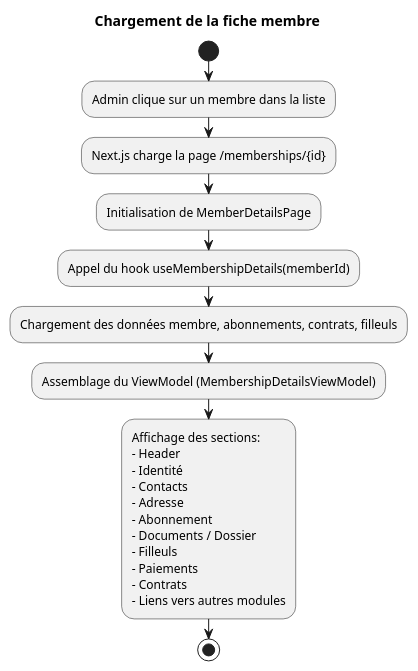
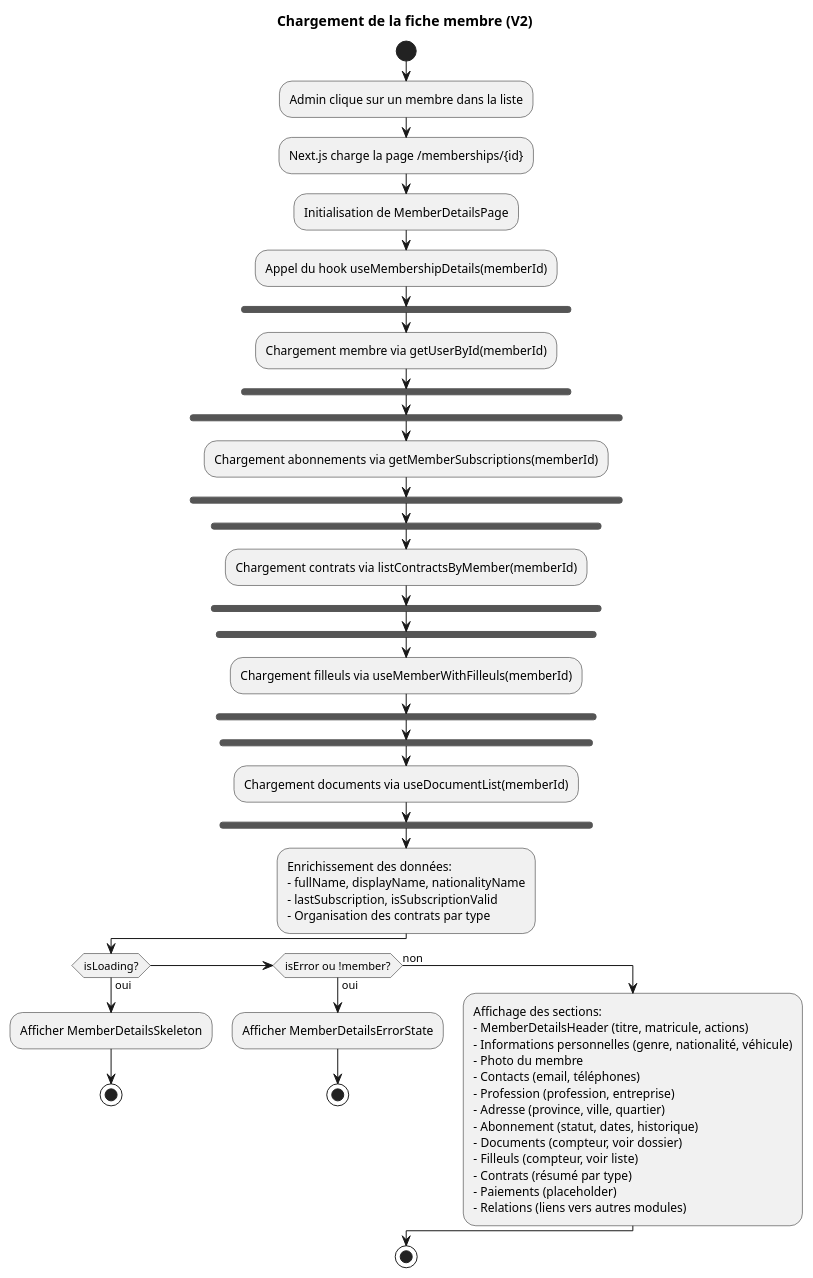
One commit to GlennEriss/kara-client-front changed the diagram in documentation/memberships/V2/details-membership/activite/main.puml. Above: the diagram before and after it, drawn with PlantUML. The commit also changed 86 other files, not shown here.

```diff
--- a/documentation/memberships/V2/details-membership/activite/main.puml
+++ b/documentation/memberships/V2/details-membership/activite/main.puml
@@ -1,32 +1,63 @@
-@startuml Détails membre - Flux principal
-Title Chargement de la fiche membre
+@startuml Détails membre - Flux principal (V2)
+Title Chargement de la fiche membre (V2)
 
 start
 
 :Admin clique sur un membre dans la liste;
 
 :Next.js charge la page /memberships/{id};
 
 :Initialisation de MemberDetailsPage;
 
 :Appel du hook useMembershipDetails(memberId);
 
-:Chargement des données membre, abonnements, contrats, filleuls;
+fork
+  :Chargement membre via getUserById(memberId);
+end fork
 
-:Assemblage du ViewModel (MembershipDetailsViewModel);
+fork
+  :Chargement abonnements via getMemberSubscriptions(memberId);
+end fork
 
-:Affichage des sections:
-- Header
-- Identité
-- Contacts
-- Adresse
-- Abonnement
-- Documents / Dossier
-- Filleuls
-- Paiements
-- Contrats
-- Liens vers autres modules;
+fork
+  :Chargement contrats via listContractsByMember(memberId);
+end fork
+
+fork
+  :Chargement filleuls via useMemberWithFilleuls(memberId);
+end fork
+
+fork
+  :Chargement documents via useDocumentList(memberId);
+end fork
+
+:Enrichissement des données:
+- fullName, displayName, nationalityName
+- lastSubscription, isSubscriptionValid
+- Organisation des contrats par type;
+
+if (isLoading?) then (oui)
+  :Afficher MemberDetailsSkeleton;
+  stop
+elseif (isError ou !member?) then (oui)
+  :Afficher MemberDetailsErrorState;
+  stop
+else (non)
+  :Affichage des sections:
+  - MemberDetailsHeader (titre, matricule, actions)
+  - Informations personnelles (genre, nationalité, véhicule)
+  - Photo du membre
+  - Contacts (email, téléphones)
+  - Profession (profession, entreprise)
+  - Adresse (province, ville, quartier)
+  - Abonnement (statut, dates, historique)
+  - Documents (compteur, voir dossier)
+  - Filleuls (compteur, voir liste)
+  - Contrats (résumé par type)
+  - Paiements (placeholder)
+  - Relations (liens vers autres modules);
+endif
 
 stop
 
 @enduml
```
